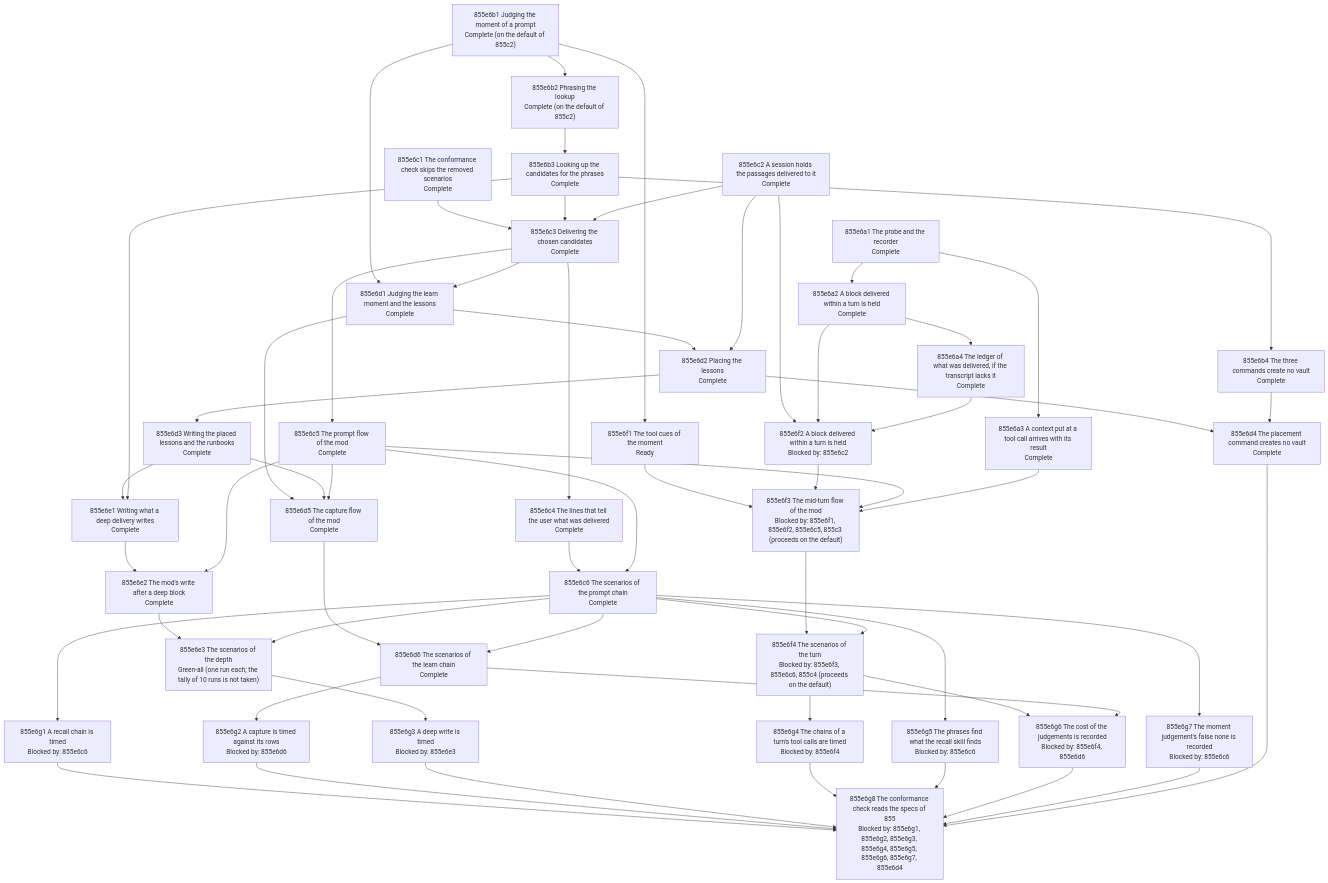
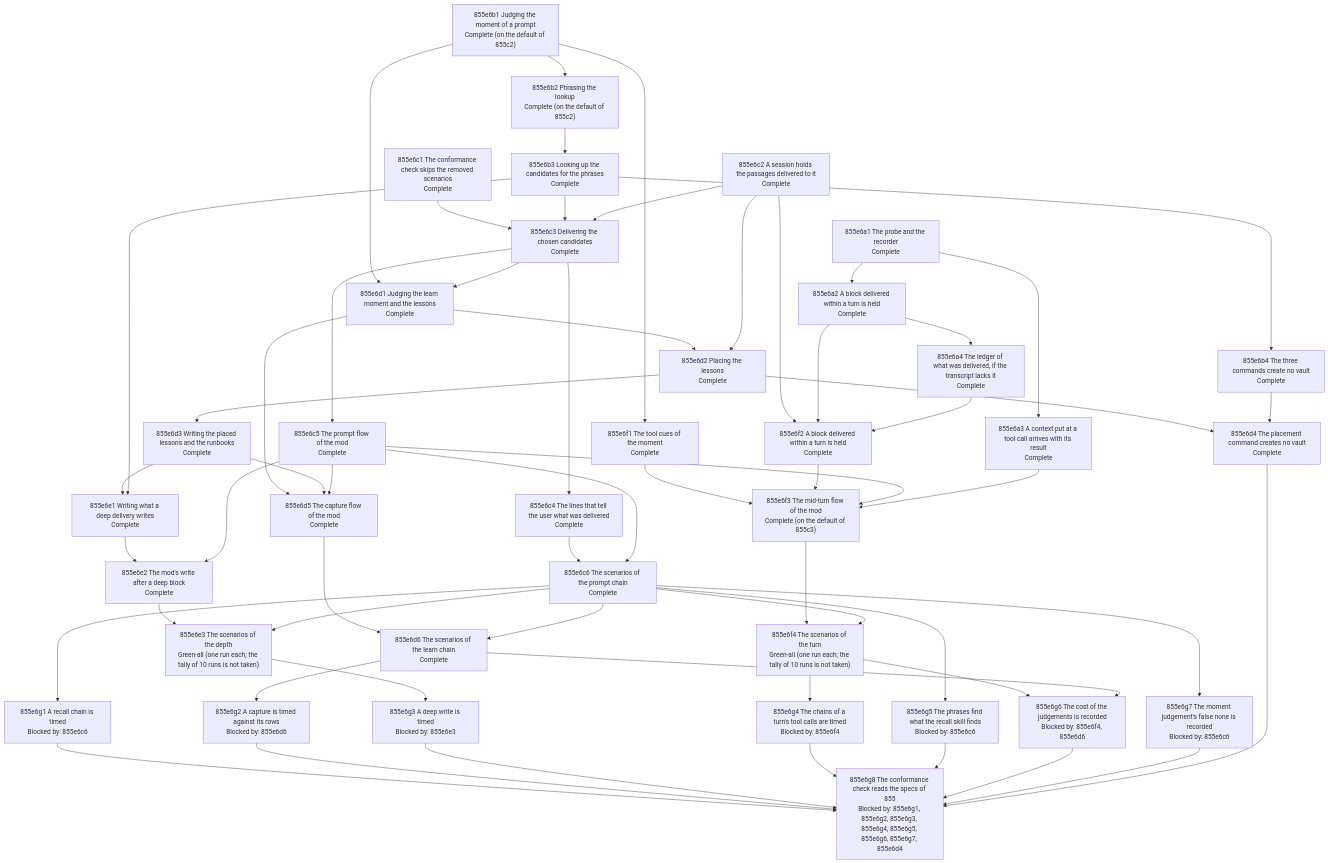
Before and after one commit to toejough/engram: the diagram in docs/changes/855_judged-automatic-memory/855e_implementation-plan.md, drawn with Mermaid. The commit also changed other lines of this file, not shown here.

First line of the commit message:
docs(855e): the rows of group f carry their commits and statuses, the work row lists the adjustments it needed, and the node statuses of the recall moments within a turn

```diff
--- a/docs/changes/855_judged-automatic-memory/855e_implementation-plan.md
+++ b/docs/changes/855_judged-automatic-memory/855e_implementation-plan.md
@@ -76,10 +76,10 @@
     n855e6e1["855e6e1 Writing what a deep delivery writes<br/>Complete"]
     n855e6e2["855e6e2 The mod's write after a deep block<br/>Complete"]
     n855e6e3["855e6e3 The scenarios of the depth<br/>Green-all (one run each; the tally of 10 runs is not taken)"]
-    n855e6f1["855e6f1 The tool cues of the moment<br/>Ready"]
-    n855e6f2["855e6f2 A block delivered within a turn is held<br/>Blocked by: 855e6c2"]
-    n855e6f3["855e6f3 The mid-turn flow of the mod<br/>Blocked by: 855e6f1, 855e6f2, 855e6c5, 855c3 (proceeds on the default)"]
-    n855e6f4["855e6f4 The scenarios of the turn<br/>Blocked by: 855e6f3, 855e6c6, 855c4 (proceeds on the default)"]
+    n855e6f1["855e6f1 The tool cues of the moment<br/>Complete"]
+    n855e6f2["855e6f2 A block delivered within a turn is held<br/>Complete"]
+    n855e6f3["855e6f3 The mid-turn flow of the mod<br/>Complete (on the default of 855c3)"]
+    n855e6f4["855e6f4 The scenarios of the turn<br/>Green-all (one run each; the tally of 10 runs is not taken)"]
     n855e6g1["855e6g1 A recall chain is timed<br/>Blocked by: 855e6c6"]
     n855e6g2["855e6g2 A capture is timed against its rows<br/>Blocked by: 855e6d6"]
     n855e6g3["855e6g3 A deep write is timed<br/>Blocked by: 855e6e3"]
```
